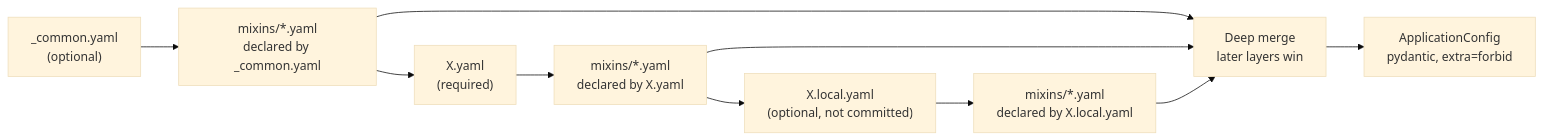
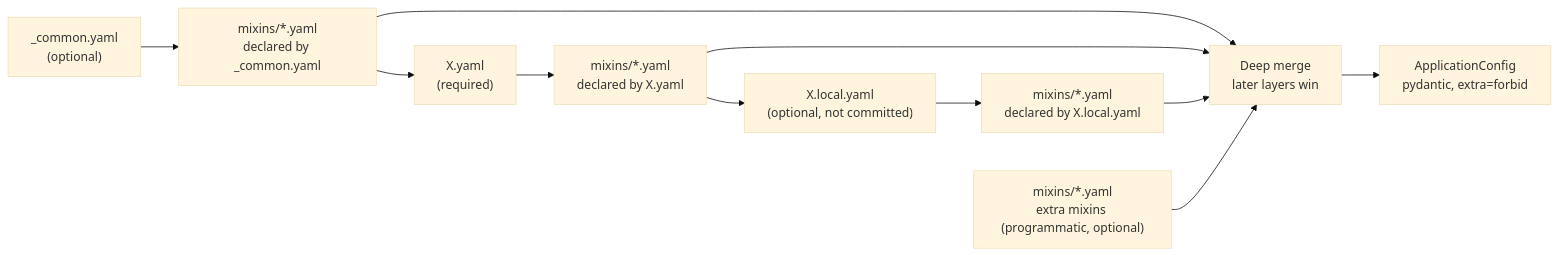
Before and after one commit to codiply/tech-market-researcher: the fourth of 5 diagrams in documentation/design.md, drawn with Mermaid (base theme). The commit also changed other lines of this file and 25 other files, not shown here.

First line of the commit message:
Allow applying extra config mixins from the command line

````diff
--- a/documentation/design.md
+++ b/documentation/design.md
@@ -203,21 +204,23 @@
 ```mermaid
 flowchart LR
     common["_common.yaml<br/>(optional)"]
     common_mixins["mixins/*.yaml<br/>declared by _common.yaml"]
     named["X.yaml<br/>(required)"]
     named_mixins["mixins/*.yaml<br/>declared by X.yaml"]
     local["X.local.yaml<br/>(optional, not committed)"]
     local_mixins["mixins/*.yaml<br/>declared by X.local.yaml"]
+    extra_mixins["mixins/*.yaml<br/>extra mixins (programmatic, optional)"]
     merge["Deep merge<br/>later layers win"]
     validated["ApplicationConfig<br/>pydantic, extra=forbid"]
 
     common --> common_mixins
     common_mixins --> named
     named --> named_mixins
     named_mixins --> local
     local --> local_mixins
     common_mixins --> merge
     named_mixins --> merge
     local_mixins --> merge
+    extra_mixins --> merge
     merge --> validated
 ```
````
